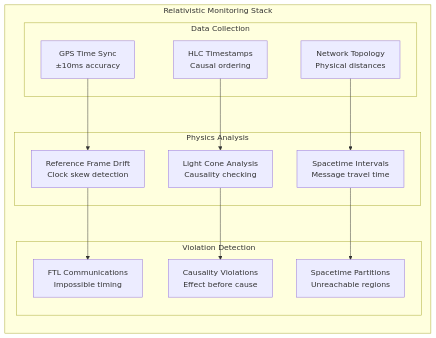
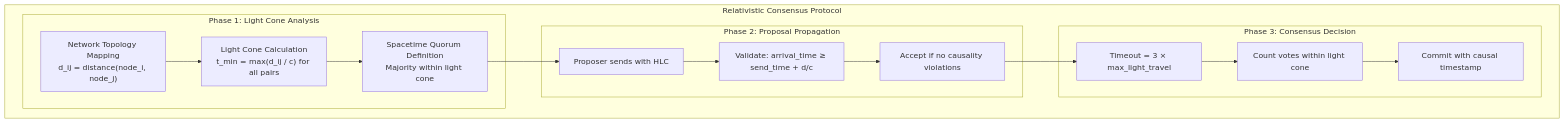
Before and after one commit to deepaucksharma/DStudio: the eighth of 8 diagrams in docs/core-principles/laws/asynchronous-reality.md, drawn with Mermaid. The commit also changed other lines of this file and 498 other files, not shown here.

First line of the commit message:
feat: comprehensive knowledge graph quality improvements

````diff
--- a/docs/core-principles/laws/asynchronous-reality.md
+++ b/docs/core-principles/laws/asynchronous-reality.md
@@ -570,29 +1765,28 @@
 ```mermaid
-graph LR
-    subgraph "Relativistic Monitoring Stack"
-        subgraph "Data Collection"
-            GPS["GPS Time Sync<br/>±10ms accuracy"]
-            HLC["HLC Timestamps<br/>Causal ordering"]
-            NET["Network Topology<br/>Physical distances"]
+graph TB
+    subgraph "Relativistic Consensus Protocol"
+        subgraph "Phase 1: Light Cone Analysis"
+            TOPO["Network Topology Mapping<br/>d_ij = distance(node_i, node_j)"]
+            CONE["Light Cone Calculation<br/>t_min = max(d_ij / c) for all pairs"]
+            QUORUM["Spacetime Quorum Definition<br/>Majority within light cone"]
         end
         
-        subgraph "Physics Analysis"
-            LIGHT["Light Cone Analysis<br/>Causality checking"]
-            FRAME["Reference Frame Drift<br/>Clock skew detection"]
-            SPACE["Spacetime Intervals<br/>Message travel time"]
+        subgraph "Phase 2: Proposal Propagation"
+            PROP["Proposer sends with HLC"]
+            VALIDATE["Validate: arrival_time ≥ send_time + d/c"]
+            ACCEPT["Accept if no causality violations"]
         end
         
-        subgraph "Violation Detection"
-            FTL["FTL Communications<br/>Impossible timing"]
-            CAUSAL["Causality Violations<br/>Effect before cause"]
-            PARTITION["Spacetime Partitions<br/>Unreachable regions"]
+        subgraph "Phase 3: Consensus Decision"
+            TIMEOUT["Timeout = 3 × max_light_travel"]
+            MAJORITY["Count votes within light cone"]
+            COMMIT["Commit with causal timestamp"]
         end
     end
     
-    GPS --> FRAME
-    HLC --> LIGHT
-    NET --> SPACE
-    LIGHT --> CAUSAL
-    FRAME --> FTL
-    SPACE --> PARTITION
+    TOPO --> CONE --> QUORUM
+    QUORUM --> PROP
+    PROP --> VALIDATE --> ACCEPT
+    ACCEPT --> TIMEOUT
+    TIMEOUT --> MAJORITY --> COMMIT
 ```
````
